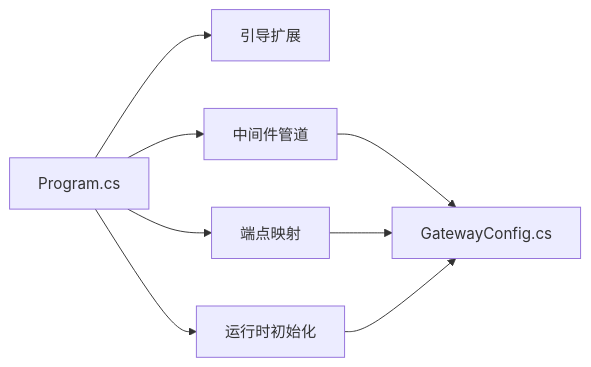
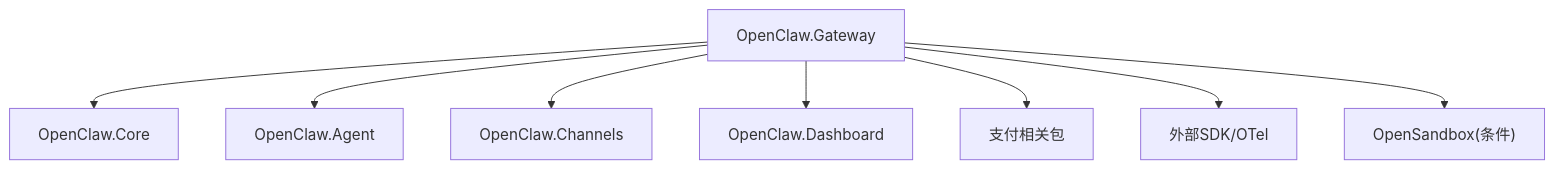
One commit to wayyet/kingcrab changed the ninth of 9 diagrams in .qoder/repowiki/zh/content/网关服务/网关服务.md. Above: the diagram before and after it, drawn with Mermaid. The commit also changed other lines of this file and 431 other files, not shown here.

````diff
--- a/.qoder/repowiki/zh/content/网关服务/网关服务.md
+++ b/.qoder/repowiki/zh/content/网关服务/网关服务.md
@@ -194,10 +345,10 @@
 ```mermaid
-graph LR
-Program["Program.cs"] --> BootstrapExt["引导扩展"]
-Program --> RuntimeInit["运行时初始化"]
-Program --> Pipeline["中间件管道"]
-Program --> Endpoints["端点映射"]
-Pipeline --> ConfigModel["GatewayConfig.cs"]
-Endpoints --> ConfigModel
-RuntimeInit --> ConfigModel
+graph TB
+GW["OpenClaw.Gateway"] --> Core["OpenClaw.Core"]
+GW --> Agent["OpenClaw.Agent"]
+GW --> Ch["OpenClaw.Channels"]
+GW --> Dash["OpenClaw.Dashboard"]
+GW --> Pay["支付相关包"]
+GW --> Ext["外部SDK/OTel"]
+GW --> OSB["OpenSandbox(条件)"]
 ```
````
